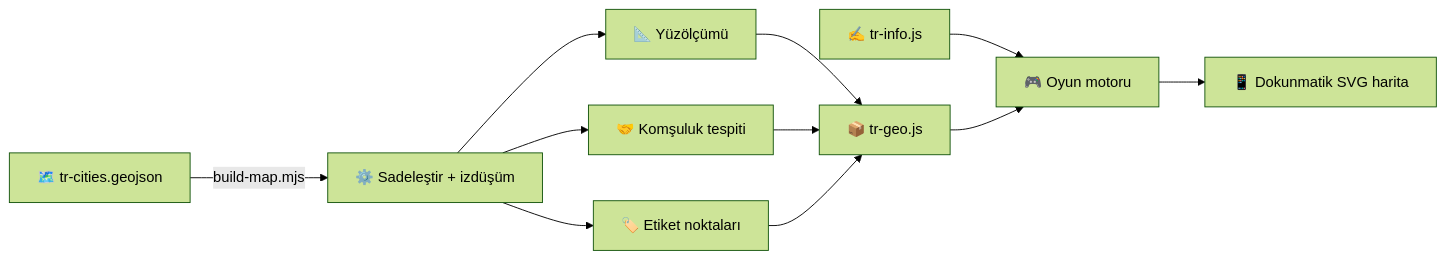
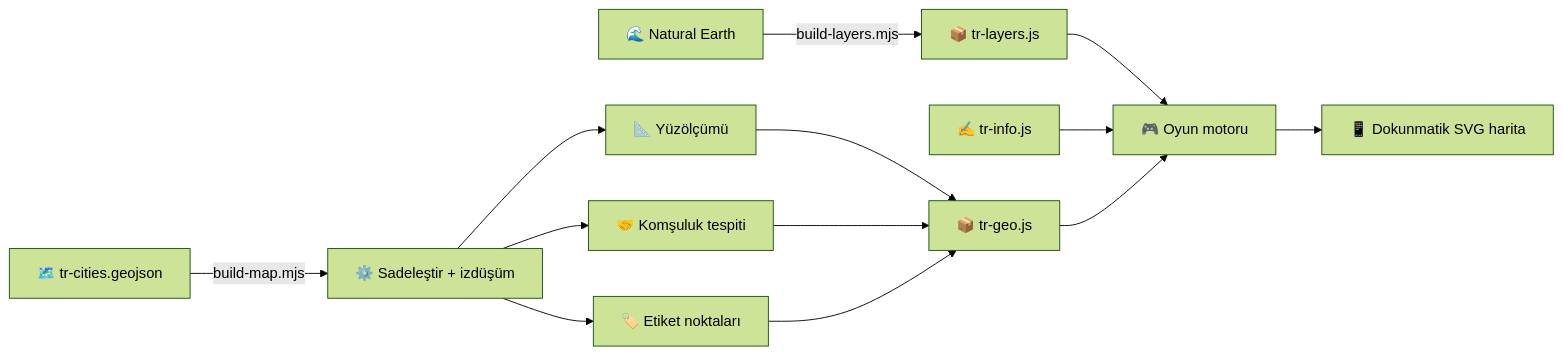
One commit to mugione/Harita-Oyunu changed the diagram in README.md. Above: the diagram before and after it, drawn with Mermaid (forest theme). The commit also changed other lines of this file and 15 other files, not shown here.

````diff
--- a/README.md
+++ b/README.md
@@ -171,11 +210,13 @@
 ```mermaid
 flowchart LR
     A[🗺️ tr-cities.geojson] -->|build-map.mjs| B[⚙️ Sadeleştir + izdüşüm]
     B --> C[📐 Yüzölçümü]
     B --> D[🤝 Komşuluk tespiti]
     B --> E[🏷️ Etiket noktaları]
     C & D & E --> F[📦 tr-geo.js]
+    N[🌊 Natural Earth] -->|build-layers.mjs| L[📦 tr-layers.js]
+    L --> H
     G[✍️ tr-info.js] --> H
     F --> H[🎮 Oyun motoru]
     H --> I[📱 Dokunmatik SVG harita]
 ```
````
